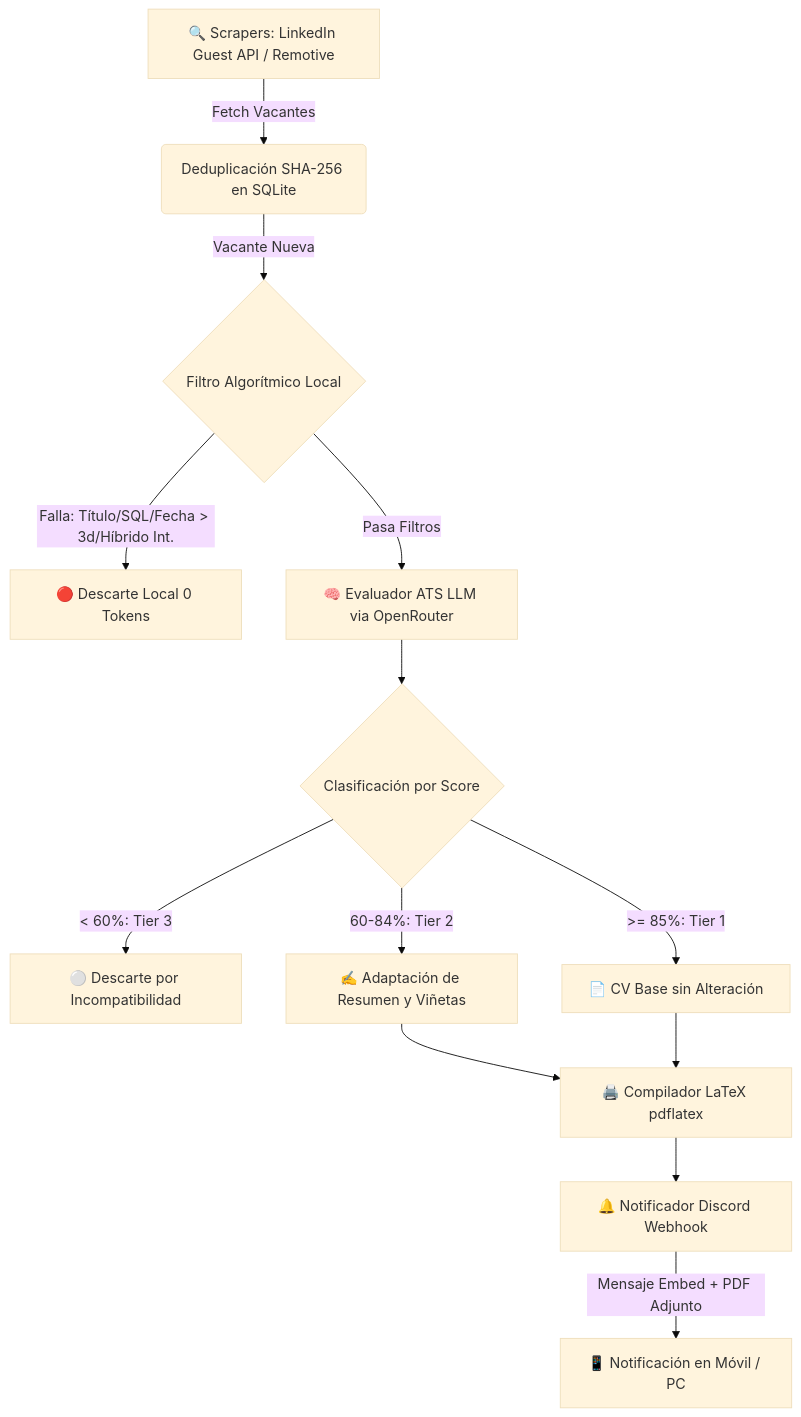
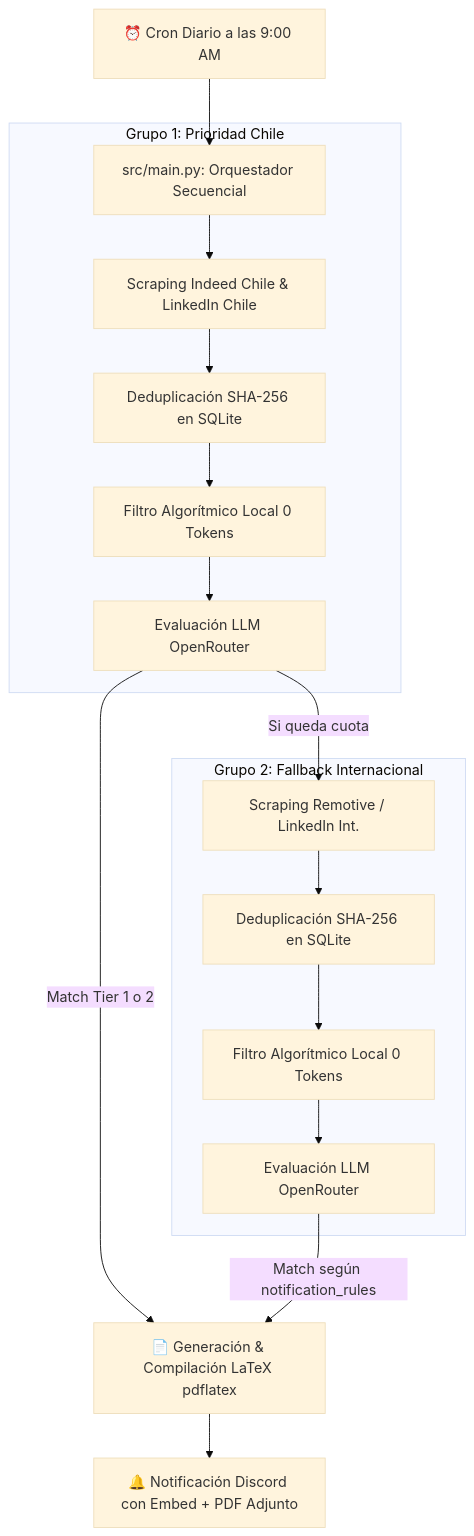
Before and after one commit to rigbarra/job-fit: the diagram in README.md, drawn with Mermaid (base theme). The commit also changed other lines of this file and 2 other files, not shown here.

````diff
--- a/README.md
+++ b/README.md
@@ -11,19 +11,23 @@
 ```mermaid
 flowchart TD
-    A[🔍 Scrapers: LinkedIn Guest API / Remotive] -->|Fetch Vacantes| B(Deduplicación SHA-256 en SQLite)
-    B -->|Vacante Nueva| C{Filtro Algorítmico Local}
+    A[⏰ Cron Diario a las 9:00 AM] --> B[src/main.py: Orquestador Secuencial]
     
-    C -->|Falla: Título/SQL/Fecha > 3d/Híbrido Int.| D[🔴 Descarte Local 0 Tokens]
-    C -->|Pasa Filtros| E[🧠 Evaluador ATS LLM via OpenRouter]
-    
-    E --> F{Clasificación por Score}
-    F -->|< 60%: Tier 3| G[⚪ Descarte por Incompatibilidad]
-    F -->|60-84%: Tier 2| H[✍️ Adaptación de Resumen y Viñetas]
-    F -->|>= 85%: Tier 1| I[📄 CV Base sin Alteración]
-    
-    H --> J[🖨️ Compilador LaTeX pdflatex]
-    I --> J
-    
-    J --> K[🔔 Notificador Discord Webhook]
-    K -->|Mensaje Embed + PDF Adjunto| L[📱 Notificación en Móvil / PC]
+    subgraph Grupo 1: Prioridad Chile
+        B --> C1[Scraping Indeed Chile & LinkedIn Chile]
+        C1 --> D1[Deduplicación SHA-256 en SQLite]
+        D1 --> E1[Filtro Algorítmico Local 0 Tokens]
+        E1 --> F1[Evaluación LLM OpenRouter]
+    end
+
+    subgraph Grupo 2: Fallback Internacional
+        F1 -->|Si queda cuota| C2[Scraping Remotive / LinkedIn Int.]
+        C2 --> D2[Deduplicación SHA-256 en SQLite]
+        D2 --> E2[Filtro Algorítmico Local 0 Tokens]
+        E2 --> F2[Evaluación LLM OpenRouter]
+    end
+
+    F1 -->|Match Tier 1 o 2| G[📄 Generación & Compilación LaTeX pdflatex]
+    F2 -->|Match según notification_rules| G
+
+    G --> H[🔔 Notificación Discord con Embed + PDF Adjunto]
 ```
````
